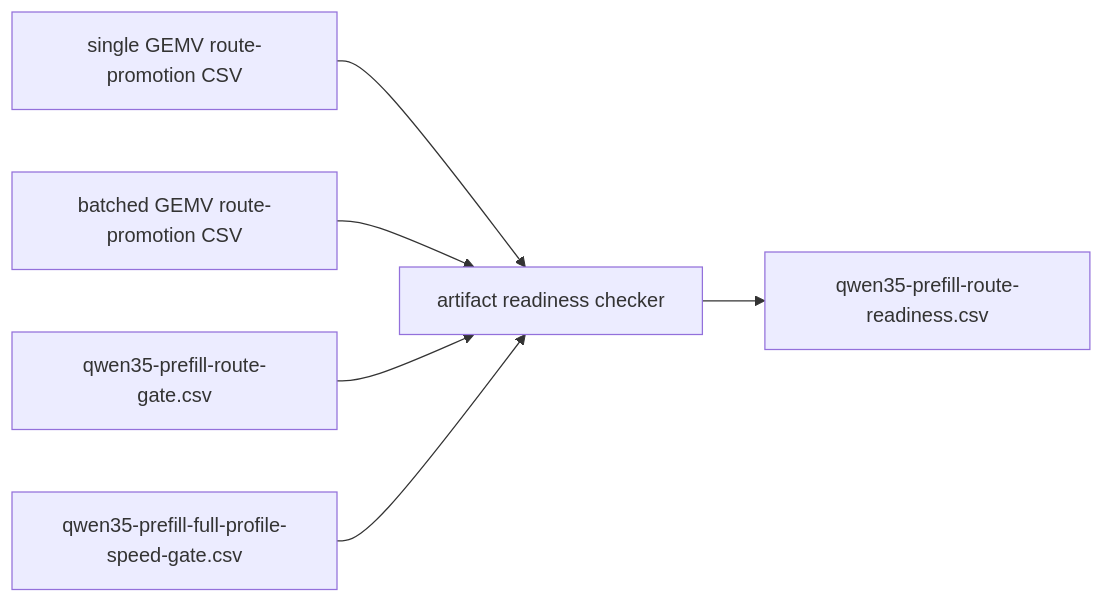
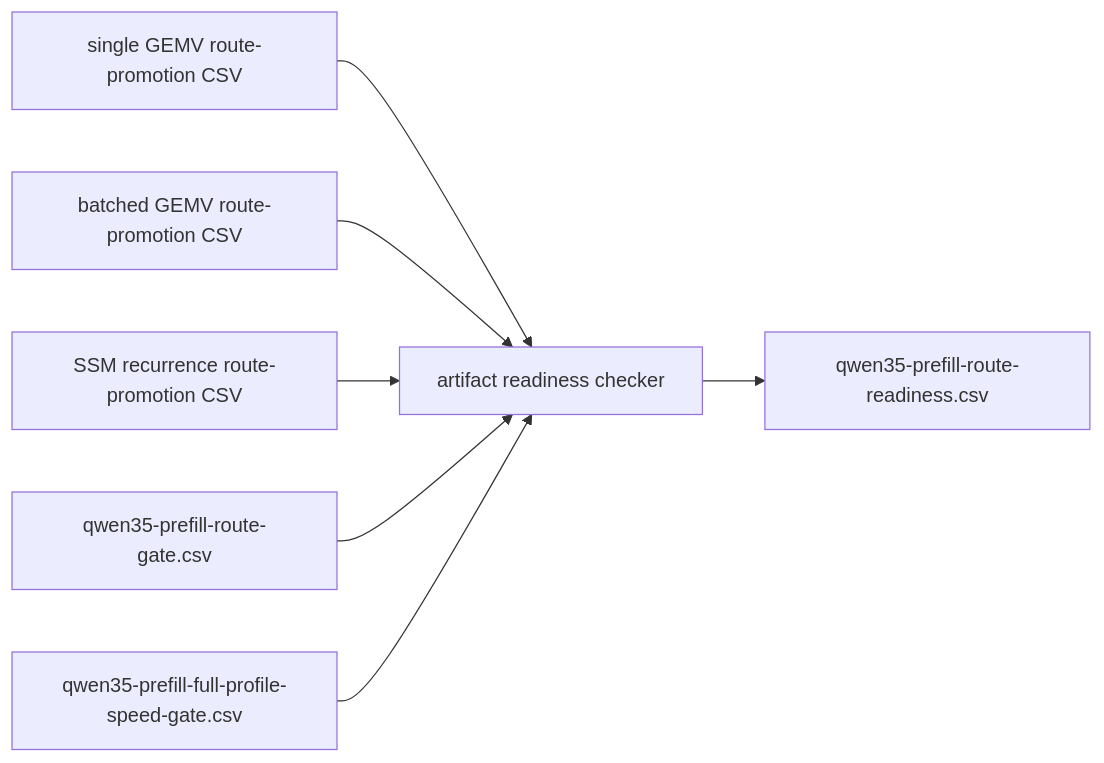
Diagram 32 of 32 in docs/development/hybrid-prefill-progress.md (1amageek/swift-lm), drawn with Mermaid before and after one commit. The commit also changed other lines of this file and 1 other file, not shown here.

Commit message:
Connect SSM recurrence to Qwen route readiness

````diff
--- a/docs/development/hybrid-prefill-progress.md
+++ b/docs/development/hybrid-prefill-progress.md
@@ -2361,8 +2362,9 @@
 ```mermaid
 flowchart LR
   A["single GEMV route-promotion CSV"] --> C["artifact readiness checker"]
   B["batched GEMV route-promotion CSV"] --> C
-  D["qwen35-prefill-route-gate.csv"] --> C
-  E["qwen35-prefill-full-profile-speed-gate.csv"] --> C
-  C --> F["qwen35-prefill-route-readiness.csv"]
+  D["SSM recurrence route-promotion CSV"] --> C
+  E["qwen35-prefill-route-gate.csv"] --> C
+  F["qwen35-prefill-full-profile-speed-gate.csv"] --> C
+  C --> G["qwen35-prefill-route-readiness.csv"]
 ```
````
